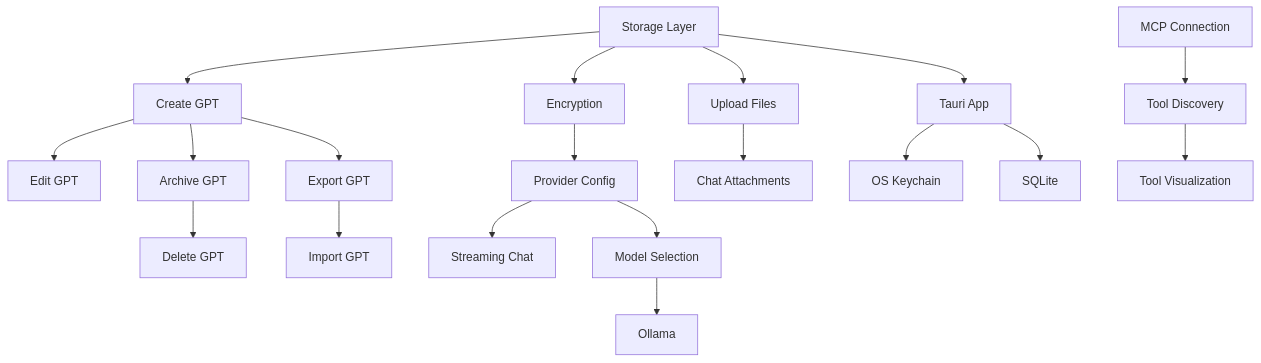
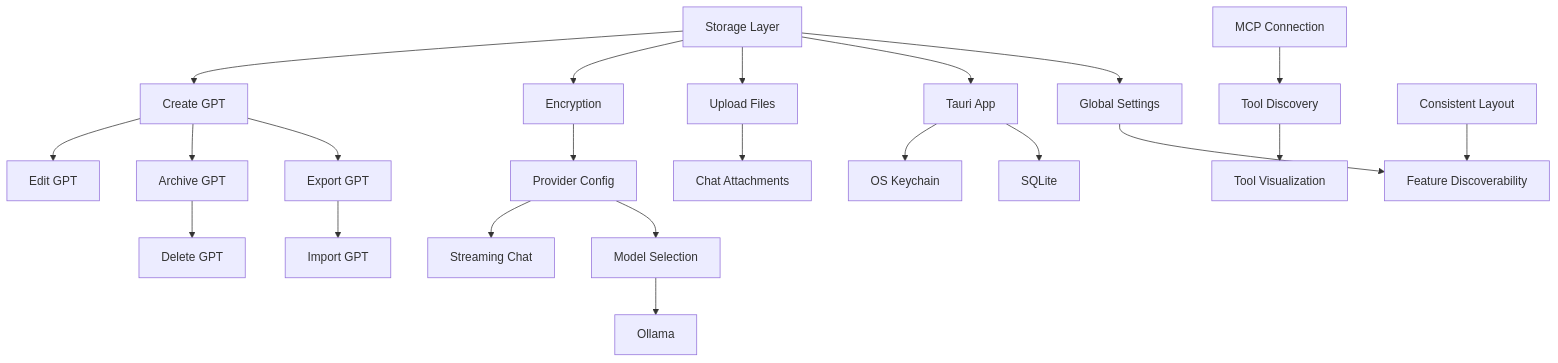
Before and after one commit to marcusrbrown/gpt: the diagram in docs/features.md, drawn with Mermaid. The commit also changed other lines of this file and 4 other files, not shown here.

````diff
--- a/docs/features.md
+++ b/docs/features.md
@@ -1820,21 +1960,24 @@
 ```mermaid
 graph TD
     F-701[Storage Layer] --> F-101[Create GPT]
     F-701 --> F-702[Encryption]
     F-702 --> F-501[Provider Config]
     F-501 --> F-401[Streaming Chat]
     F-101 --> F-102[Edit GPT]
     F-101 --> F-105[Archive GPT]
     F-105 --> F-106[Delete GPT]
     F-101 --> F-601[Export GPT]
     F-601 --> F-602[Import GPT]
     F-701 --> F-201[Upload Files]
     F-201 --> F-403[Chat Attachments]
     F-301[MCP Connection] --> F-302[Tool Discovery]
     F-302 --> F-303[Tool Visualization]
     F-501 --> F-502[Model Selection]
     F-502 --> F-503[Ollama]
     F-701 --> F-1001[Tauri App]
     F-1001 --> F-1002[OS Keychain]
     F-1001 --> F-1003[SQLite]
+    F-701 --> F-1201[Global Settings]
+    F-1201 --> F-1203[Feature Discoverability]
+    F-1202[Consistent Layout] --> F-1203
 ```
````
